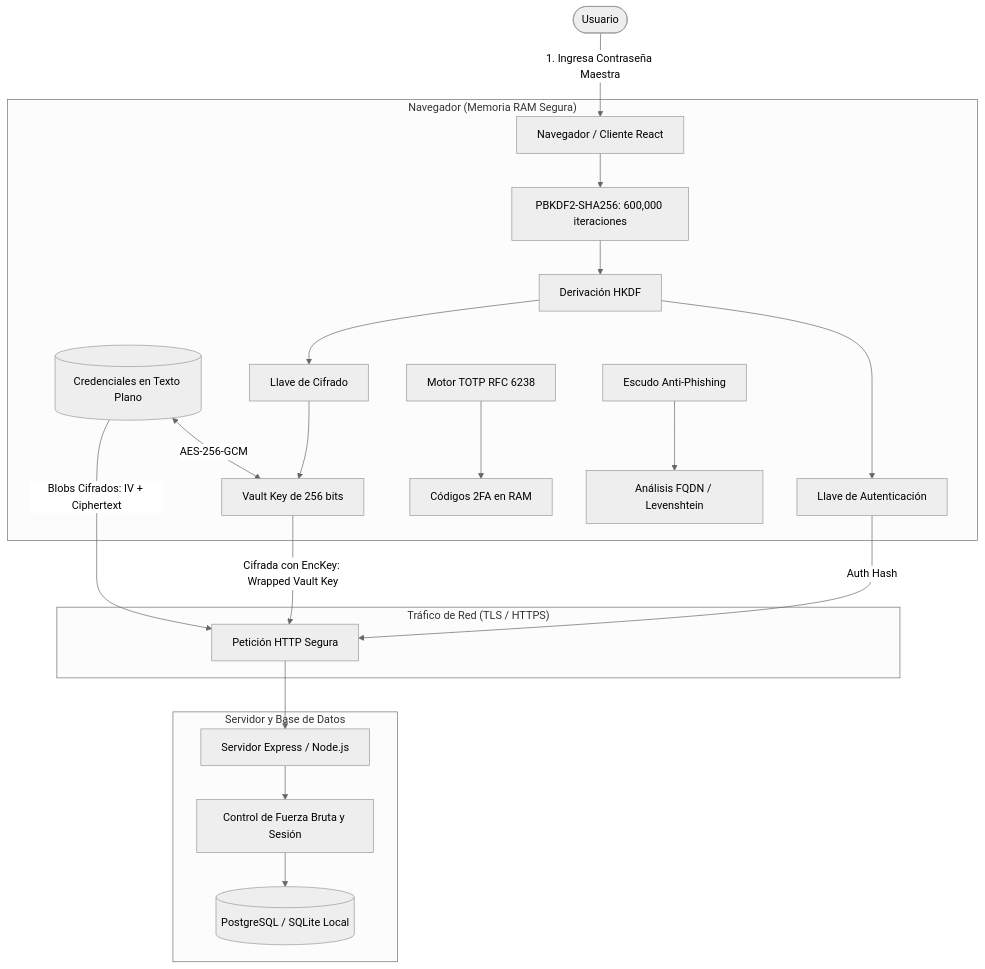
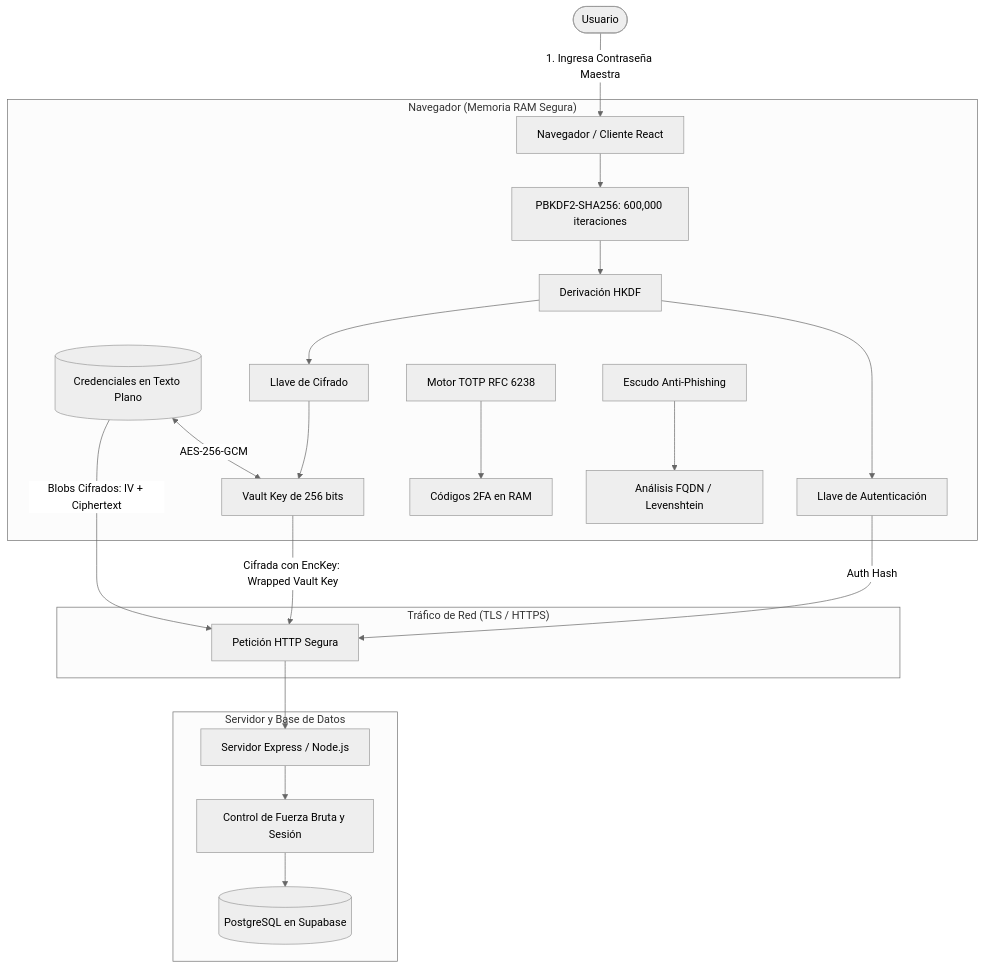
The first of 6 diagrams in PROCESOS_DEL_SISTEMA.md (Ikersk/Gestor_de_contrase-as_IS2), drawn with Mermaid (neutral theme) before and after one commit. The commit also changed other lines of this file and 21 other files, not shown here.

````diff
--- a/PROCESOS_DEL_SISTEMA.md
+++ b/PROCESOS_DEL_SISTEMA.md
@@ -37,28 +37,28 @@
 ```mermaid
 graph TD
     User([Usuario]) -->|1. Ingresa Contraseña Maestra| ClientApp[Navegador / Cliente React]
     
     subgraph "Navegador (Memoria RAM Segura)"
         ClientApp --> KDF[PBKDF2-SHA256: 600,000 iteraciones]
         KDF --> HKDF[Derivación HKDF]
         HKDF --> AuthKey[Llave de Autenticación]
         HKDF --> EncKey[Llave de Cifrado]
         EncKey --> UnwrappedVK[Vault Key de 256 bits]
         
         Credentials[(Credenciales en Texto Plano)] <-->|AES-256-GCM| UnwrappedVK
         TotpEngine[Motor TOTP RFC 6238] --> Secret2FA[Códigos 2FA en RAM]
         Shield[Escudo Anti-Phishing] --> DomainAudit[Análisis FQDN / Levenshtein]
     end
     
     subgraph "Tráfico de Red (TLS / HTTPS)"
         AuthKey -->|Auth Hash| APIRequest[Petición HTTP Segura]
         UnwrappedVK -->|Cifrada con EncKey: Wrapped Vault Key| APIRequest
         Credentials -->|Blobs Cifrados: IV + Ciphertext| APIRequest
     end
     
     subgraph "Servidor y Base de Datos"
         APIRequest --> Server[Servidor Express / Node.js]
         Server --> RateLimit[Control de Fuerza Bruta y Sesión]
-        RateLimit --> DB[(PostgreSQL / SQLite Local)]
+        RateLimit --> DB[(PostgreSQL en Supabase)]
     end
 ```
````
